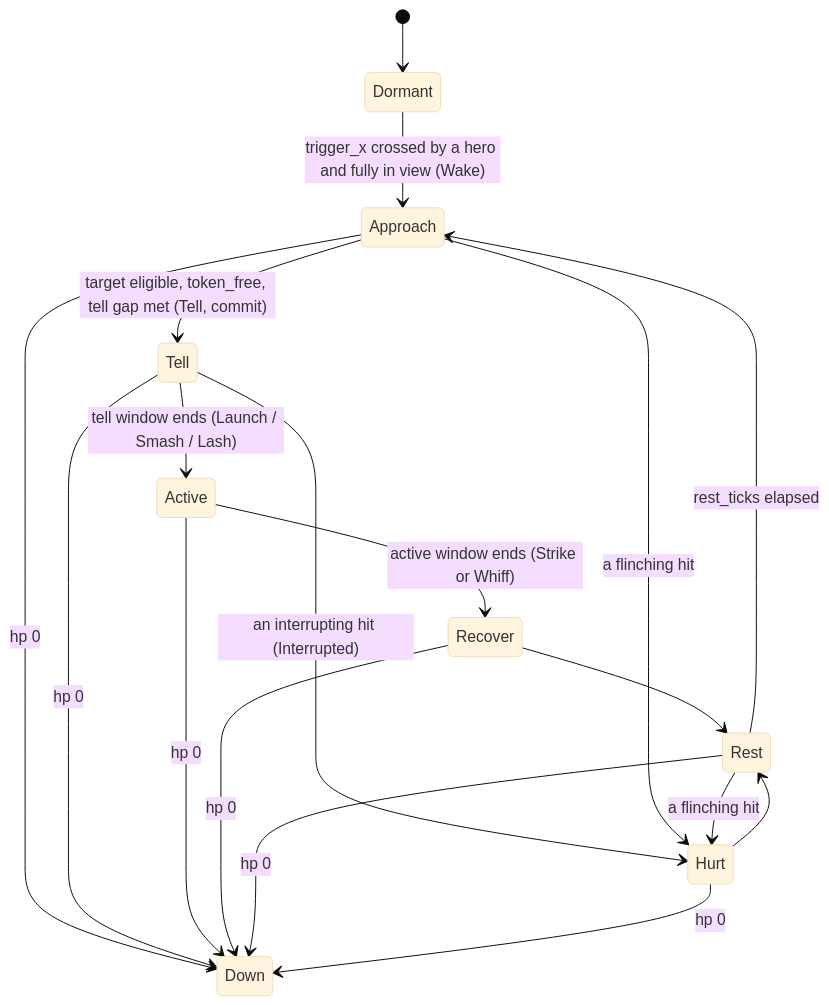
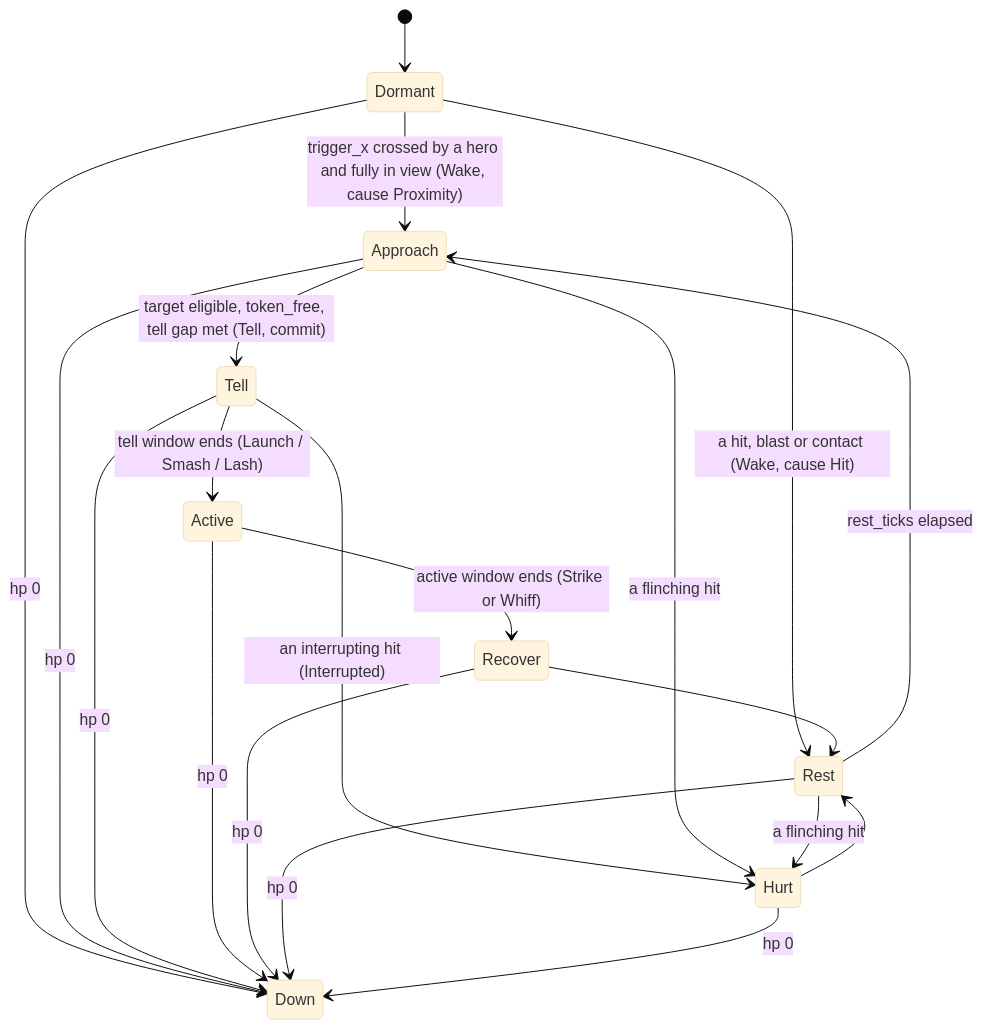
Before and after one commit to pando85/dungeon-floorbreak: the diagram in docs/01-design/floor-01-troglodyte-integration.md, drawn with Mermaid (base theme). The commit also changed other lines of this file and 2 other files, not shown here.

Commit message:
docs(f01): TROG-PLAN review fixes (D1 stomp punish, D2 wake cause, D3 reachable targets, D4/D5 fixtures, nits)

````diff
--- a/docs/01-design/floor-01-troglodyte-integration.md
+++ b/docs/01-design/floor-01-troglodyte-integration.md
@@ -210,20 +220,22 @@
 ```mermaid
 stateDiagram-v2
     [*] --> Dormant
-    Dormant --> Approach: trigger_x crossed by a hero and fully in view (Wake)
+    Dormant --> Approach: trigger_x crossed by a hero and fully in view (Wake, cause Proximity)
+    Dormant --> Rest: a hit, blast or contact (Wake, cause Hit)
+    Dormant --> Down: hp 0
     Approach --> Tell: target eligible, token_free, tell gap met (Tell, commit)
     Tell --> Active: tell window ends (Launch / Smash / Lash)
     Tell --> Hurt: an interrupting hit (Interrupted)
     Active --> Recover: active window ends (Strike or Whiff)
     Recover --> Rest
     Rest --> Approach: rest_ticks elapsed
     Approach --> Hurt: a flinching hit
     Rest --> Hurt: a flinching hit
     Hurt --> Rest
     Approach --> Down: hp 0
     Tell --> Down: hp 0
     Active --> Down: hp 0
     Recover --> Down: hp 0
     Rest --> Down: hp 0
     Hurt --> Down: hp 0
 ```
````
